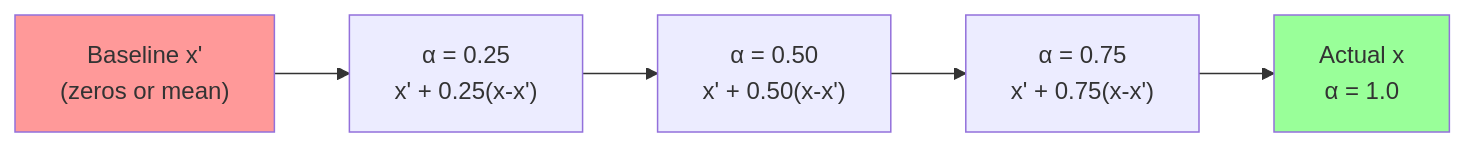
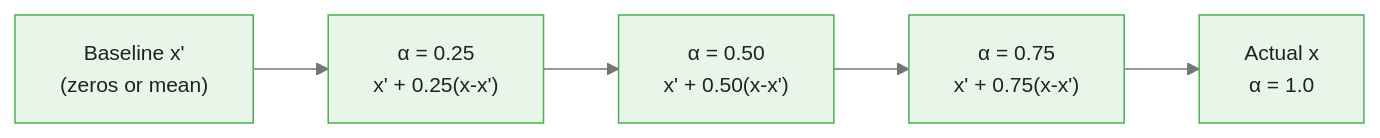
One commit to m-deane/course-creator changed the first of 3 diagrams in courses/time-series-forecasting-neuralforecast/modules/module_04_explainability/guides/01_explainability_methods_slides.md. Above: the diagram before and after it, drawn with Mermaid. The commit also changed other lines of this file and 60 other files, not shown here.

````diff
--- a/courses/time-series-forecasting-neuralforecast/modules/module_04_explainability/guides/01_explainability_methods_slides.md
+++ b/courses/time-series-forecasting-neuralforecast/modules/module_04_explainability/guides/01_explainability_methods_slides.md
@@ -91,6 +121,5 @@
 ```mermaid
+%%{init: {"theme": "base", "themeVariables": {"primaryColor": "#e8f5e9", "primaryBorderColor": "#4caf50", "primaryTextColor": "#212121", "secondaryColor": "#e3f2fd", "tertiaryColor": "#fff8e1", "lineColor": "#757575", "fontFamily": "Inter, sans-serif", "fontSize": "14px"}}}%%
 flowchart LR
     A["Baseline x'\n(zeros or mean)"] --> B["α = 0.25\nx' + 0.25(x-x')"] --> C["α = 0.50\nx' + 0.50(x-x')"] --> D["α = 0.75\nx' + 0.75(x-x')"] --> E["Actual x\nα = 1.0"]
-    style A fill:#f99
-    style E fill:#9f9
 ```
````
